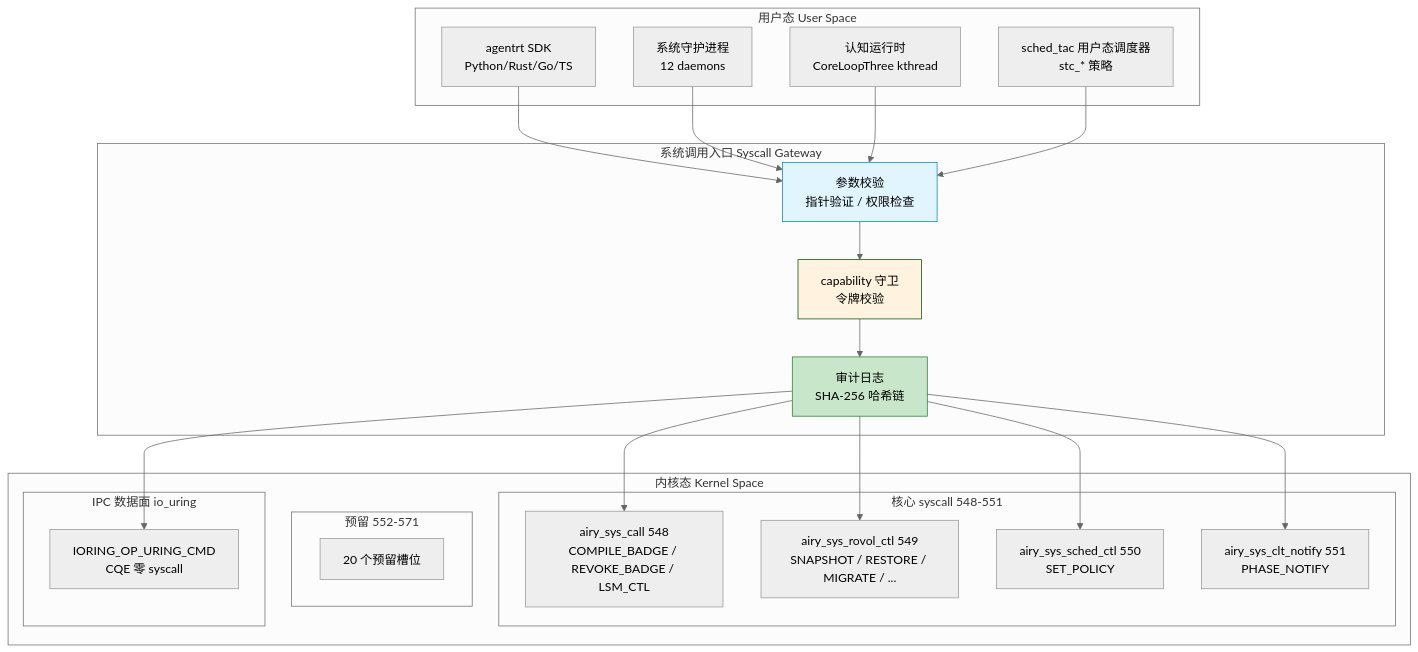
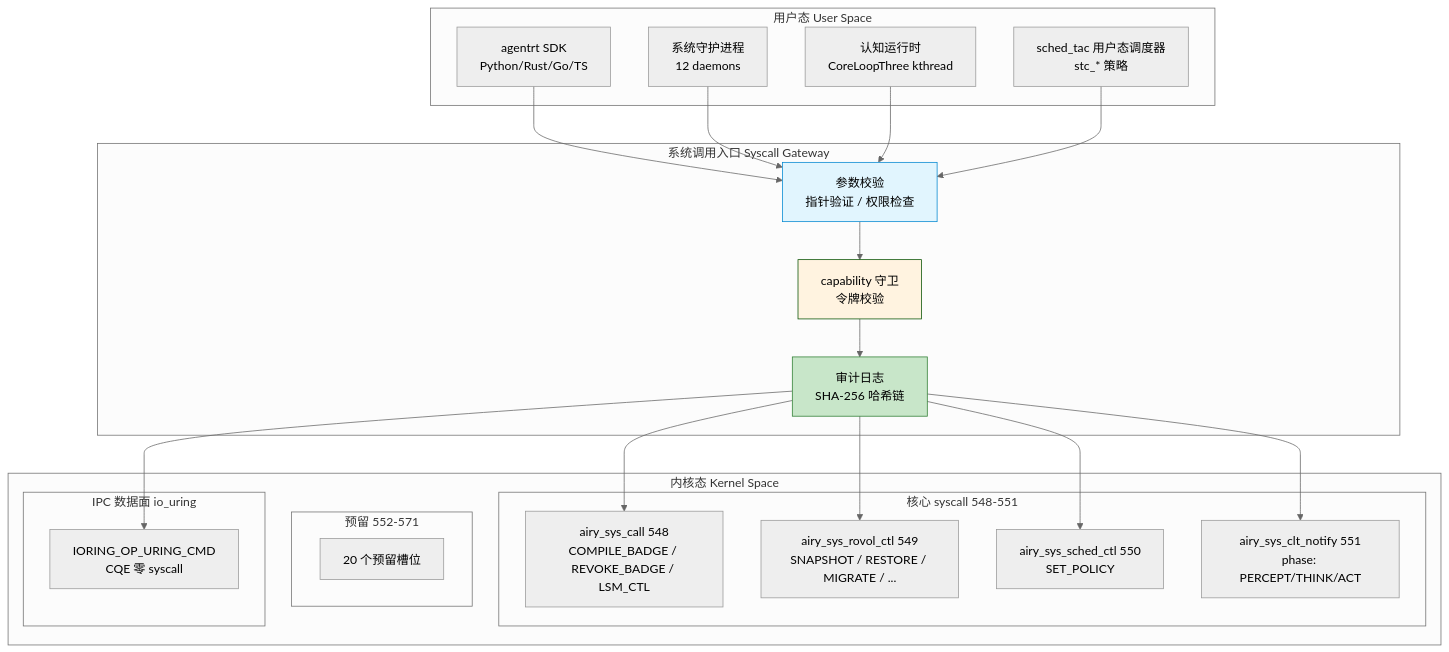
The third of 6 diagrams in 50-engineering-standards/20-contracts/contracts.md (openairymax/docs-linux), drawn with Mermaid (neutral theme) before and after one commit. The commit also changed other lines of this file and 20 other files, not shown here.

Commit message:
docs: 对齐 551 认知阶段记录设计与实现 syscall 551（airy_sys_clt_notify）的历史文档仍残留 op/arg 双参 + AIRY_CLT_* op 宏的旧 8-op 模型，与已冻结契约（phase 统一操作码） 不一致，导致接口表、编号注册表、契约、数据流等 21 份文档出现漂移，

````diff
--- a/50-engineering-standards/20-contracts/contracts.md
+++ b/50-engineering-standards/20-contracts/contracts.md
@@ -448,46 +448,46 @@
 ```mermaid
 graph TD
     subgraph "用户态 User Space"
         U1[agentrt SDK<br/>Python/Rust/Go/TS]
         U2[系统守护进程<br/>12 daemons]
         U3[认知运行时<br/>CoreLoopThree kthread]
         U4[sched_tac 用户态调度器<br/>stc_* 策略]
     end
 
     subgraph "系统调用入口 Syscall Gateway"
         G1[参数校验<br/>指针验证 / 权限检查]
         G2[capability 守卫<br/>令牌校验]
         G3[审计日志<br/>SHA-256 哈希链]
     end
 
     subgraph "内核态 Kernel Space"
         subgraph "核心 syscall 548-551"
             K1[airy_sys_call 548<br/>COMPILE_BADGE / REVOKE_BADGE / LSM_CTL]
             K2[airy_sys_rovol_ctl 549<br/>SNAPSHOT / RESTORE / MIGRATE / ...]
             K3[airy_sys_sched_ctl 550<br/>SET_POLICY]
-            K4[airy_sys_clt_notify 551<br/>PHASE_NOTIFY]
+            K4[airy_sys_clt_notify 551<br/>phase: PERCEPT/THINK/ACT]
         end
         subgraph "预留 552-571"
             K5[20 个预留槽位]
         end
         subgraph "IPC 数据面 io_uring"
             K6[IORING_OP_URING_CMD<br/>CQE 零 syscall]
         end
     end
 
     U1 --> G1
     U2 --> G1
     U3 --> G1
     U4 --> G1
     G1 --> G2
     G2 --> G3
     G3 --> K1
     G3 --> K2
     G3 --> K3
     G3 --> K4
     G3 --> K6
 
     style G1 fill:#e1f5fe,stroke:#0288d1
     style G2 fill:#fff3e0,stroke:#065100
     style G3 fill:#c8e6c9,stroke:#2e7d32
 ```
````
